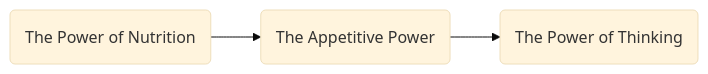
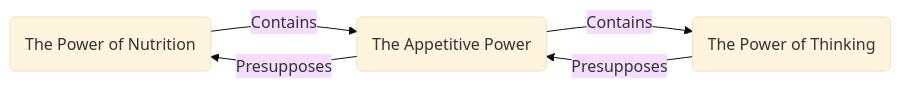
Before and after one commit to 0x9ONU/Obsidian-Notes: the diagram in 4 - Senior Year/Fall 2025/Ancient Philosophy/Week 12/Ancient Philosophy - Week 12.md, drawn with Mermaid (base theme). The commit also changed other lines of this file and 6 other files, not shown here.

````diff
--- a/4 - Senior Year/Fall 2025/Ancient Philosophy/Week 12/Ancient Philosophy - Week 12.md
+++ b/4 - Senior Year/Fall 2025/Ancient Philosophy/Week 12/Ancient Philosophy - Week 12.md
@@ -73,4 +73,5 @@
 ```mermaid
 flowchart LR
-A(The Power of Nutrition)-->B(The Appetitive Power)-->C(The Power of Thinking)
+A(The Power of Nutrition)--Contains-->B(The Appetitive Power)--Contains-->C(The Power of Thinking)
+C--Presupposes-->B--Presupposes-->A
 ```
````
